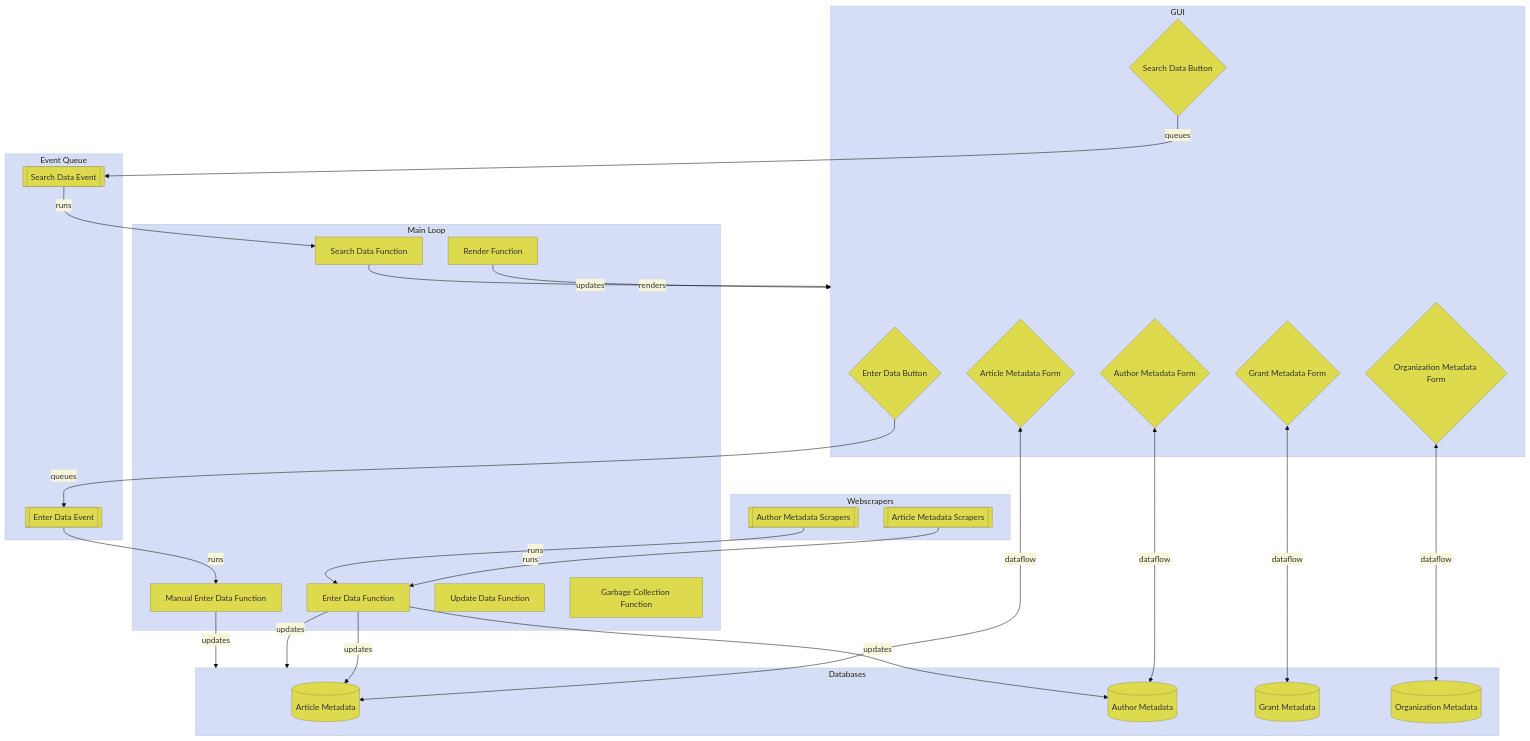
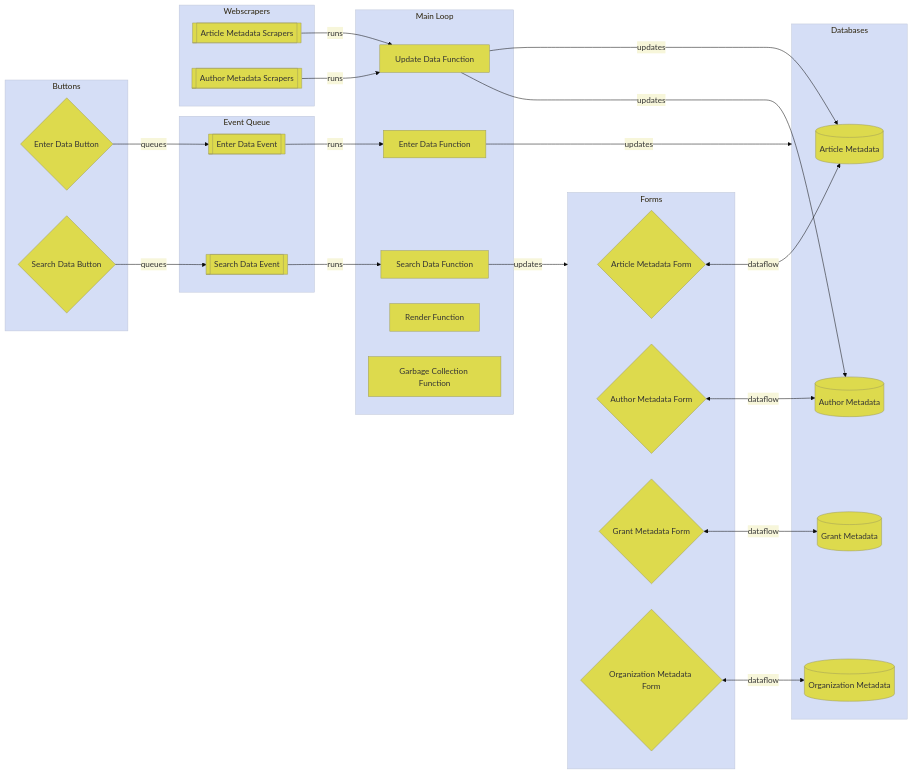
The first of 2 diagrams in DESIGNDOC.md (jhbardwell/Research-Data-Manager-Program), drawn with Mermaid before and after one commit.

````diff
--- a/DESIGNDOC.md
+++ b/DESIGNDOC.md
@@ -33,51 +33,52 @@
 ```mermaid
 %%{init: {'theme': 'base', 'themeVariables': 
 { 'primaryColor': '#DDDA4D', 'edgeLabelBackground':'#F7F6DA', 'tertiaryColor': '#D5DEF6'}}}%%
-flowchart TD
+flowchart LR
   %%relationships
      buttonenterdata{Enter Data Button}--queues-->evententerdata
      buttonsearchdata{Search Data Button}--queues-->eventsearchdata
-     evententerdata--runs-->fxnenterdatamanual
+     evententerdata--runs-->fxnenterdata
      eventsearchdata--runs-->fxnsearchdata
      formarticle<--dataflow-->databasearticle
      formauthor<--dataflow-->databaseauthor
      formgrant<--dataflow-->databasegrant
      formorganization<--dataflow-->databaseorganization
      fxnenterdata--updates-->DATABASES
-     fxnenterdatamanual--updates-->DATABASES
-     fxnrender--renders-->GUI
-     fxnsearchdata--updates-->GUI
-     webscraperarticle--runs-->fxnenterdata--updates-->databasearticle
-     webscraperauthor--runs-->fxnenterdata--updates-->databaseauthor
+     fxnsearchdata--updates-->FORMS
+     fxnupdatedata--updates-->databasearticle
+     fxnupdatedata--updates-->databaseauthor
+     webscraperarticle--runs-->fxnupdatedata
+     webscraperauthor--runs-->fxnupdatedata
    %% structure
    subgraph MAIN [Main Loop]
       fxnenterdata[Enter Data Function]
-      fxnenterdatamanual[Manual Enter Data Function]
       fxnrender[Render Function]
       fxnsearchdata[Search Data Function]
       fxnupdatedata[Update Data Function]
       fxngarbagecollection[Garbage Collection Function]
       end
    subgraph EVENTS [Event Queue]
       evententerdata[[Enter Data Event]]
       eventsearchdata[[Search Data Event]]
       end
-   subgraph GUI [GUI]
+   subgraph BUTTONS [Buttons]
       buttonenterdata{Enter Data Button}
       buttonsearchdata{Search Data Button}
+      end
+    subgraph FORMS [Forms]
       formarticle{Article Metadata Form}
       formauthor{Author Metadata Form}
       formgrant{Grant Metadata Form}
       formorganization{Organization Metadata Form}
       end 
    subgraph DATABASES [Databases]
      databasearticle[(Article Metadata)]
      databaseauthor[(Author Metadata)]
      databaseorganization[(Organization Metadata)]
      databasegrant[(Grant Metadata)]
      end
    subgraph WEBSCRAPERS [Webscrapers]
      webscraperarticle[[Article Metadata Scrapers]]
      webscraperauthor[[Author Metadata Scrapers]] 
      end
 ```
````
